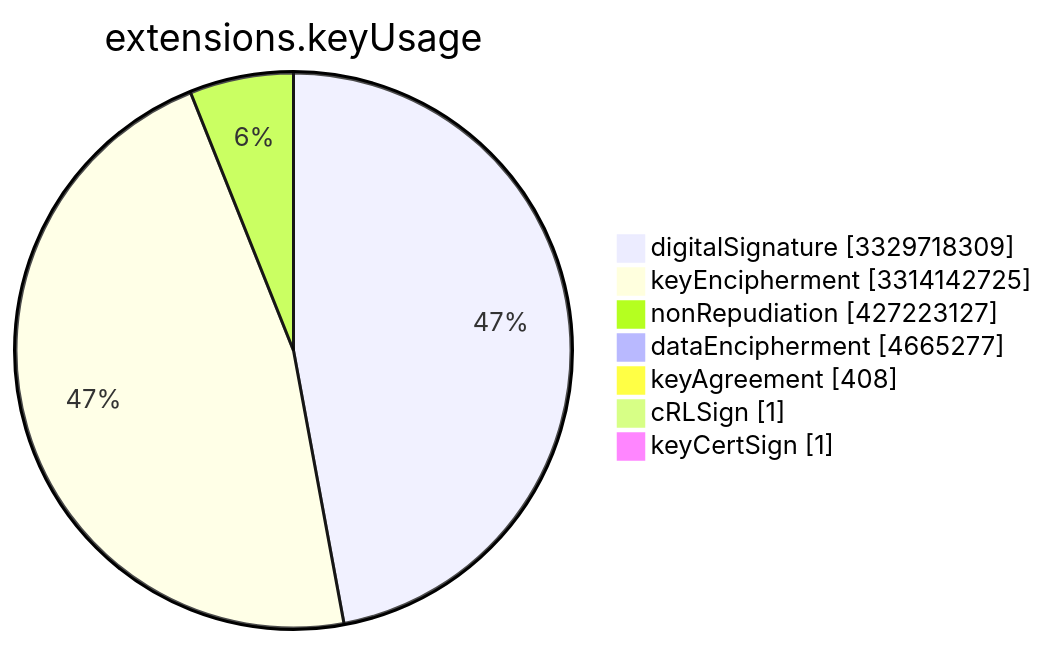
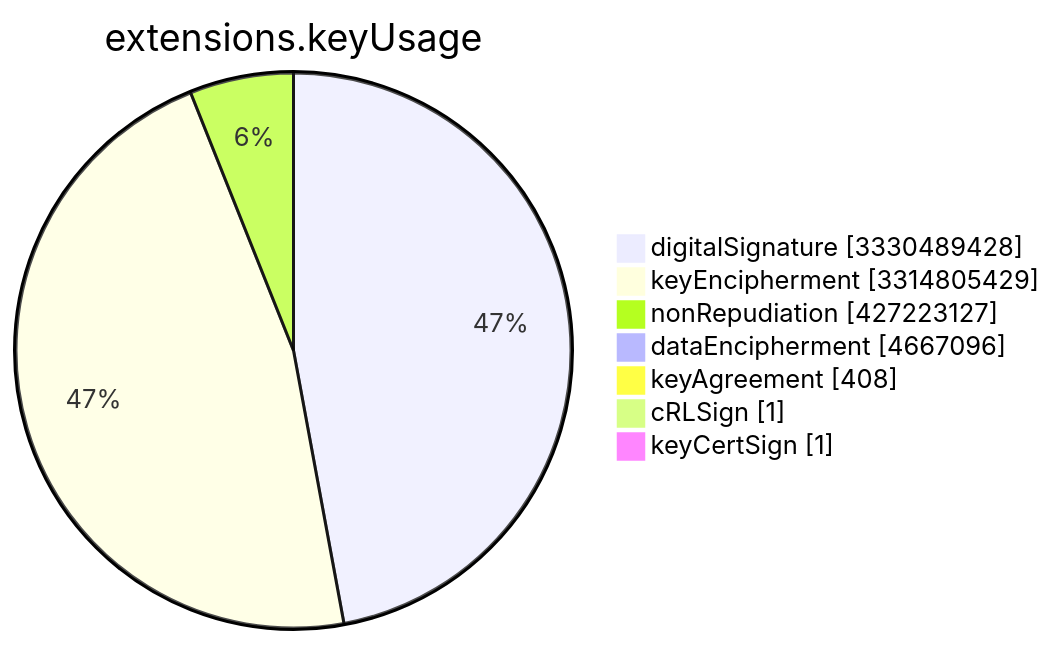
Before and after one commit to christiankrug/ctmonitor_visualization: the sixth of 15 diagrams in TOTAL/README.md, drawn with Mermaid. The commit also changed other lines of this file, not shown here.

````diff
--- a/TOTAL/README.md
+++ b/TOTAL/README.md
@@ -3078,11 +3078,11 @@
 ```mermaid
 pie showData
 title extensions.keyUsage
-"digitalSignature" :3329718309
-"keyEncipherment" :3314142725
+"digitalSignature" :3330489428
+"keyEncipherment" :3314805429
 "nonRepudiation" :427223127
-"dataEncipherment" :4665277
+"dataEncipherment" :4667096
 "keyAgreement" :408
 "cRLSign" :1
 "keyCertSign" :1
 ```
````
